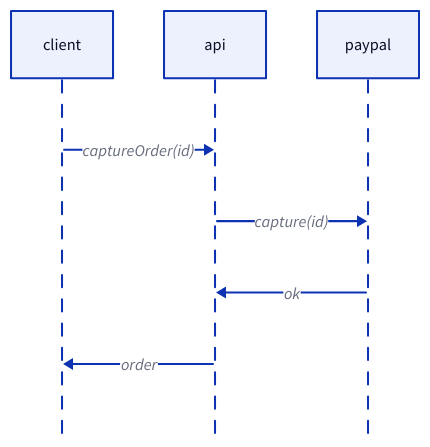
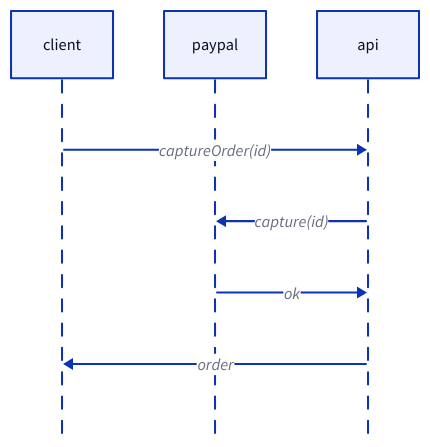
One commit to scottyroges/visual-skills changed the fifth of 31 diagrams in skills/shared/diagrams.md. Above: the diagram before and after it, drawn with D2. The commit also changed other lines of this file and 3 other files, not shown here.

````diff
--- a/skills/shared/diagrams.md
+++ b/skills/shared/diagrams.md
@@ -102,7 +138,9 @@
 ```d2
 shape: sequence_diagram
+client: { class: actor }
+paypal: { class: external }
 client -> api: captureOrder(id)
 api -> paypal: capture(id)
 paypal -> api: ok
 api -> client: order
 ```
````
